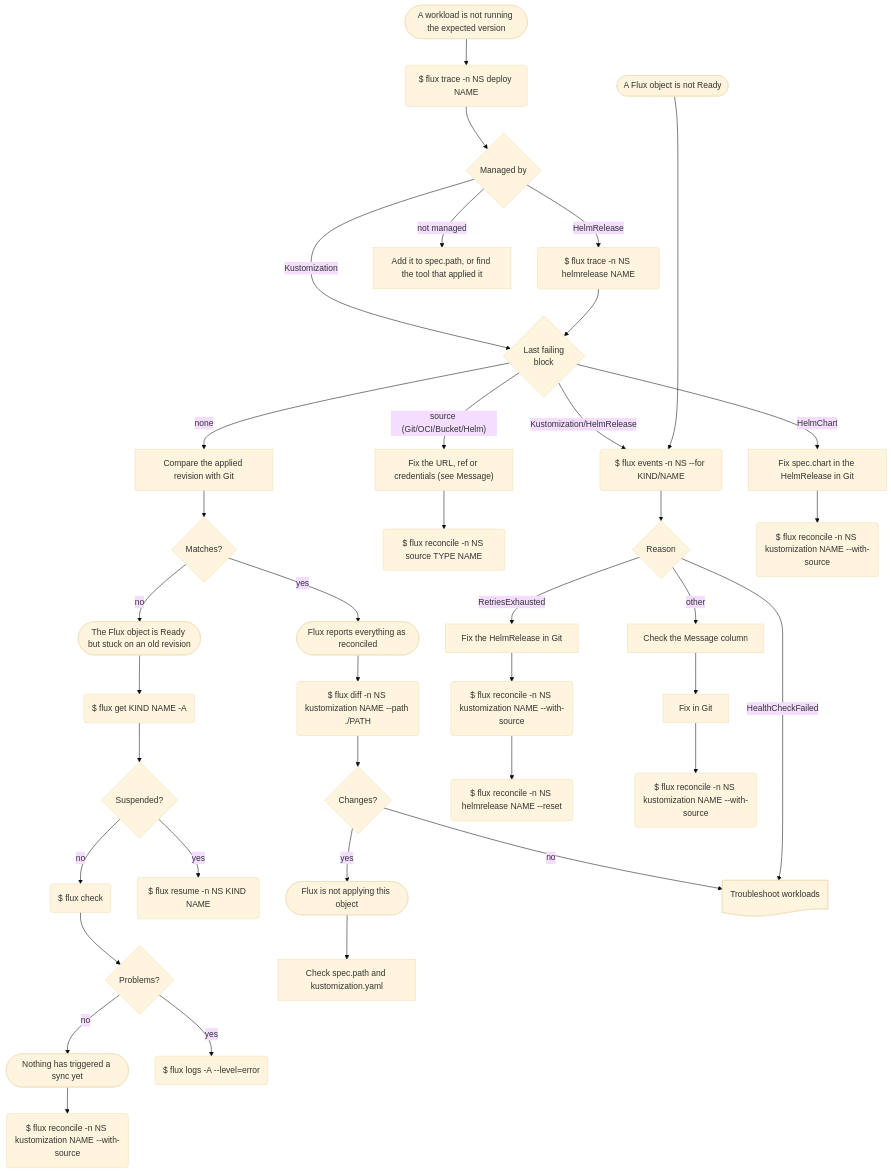
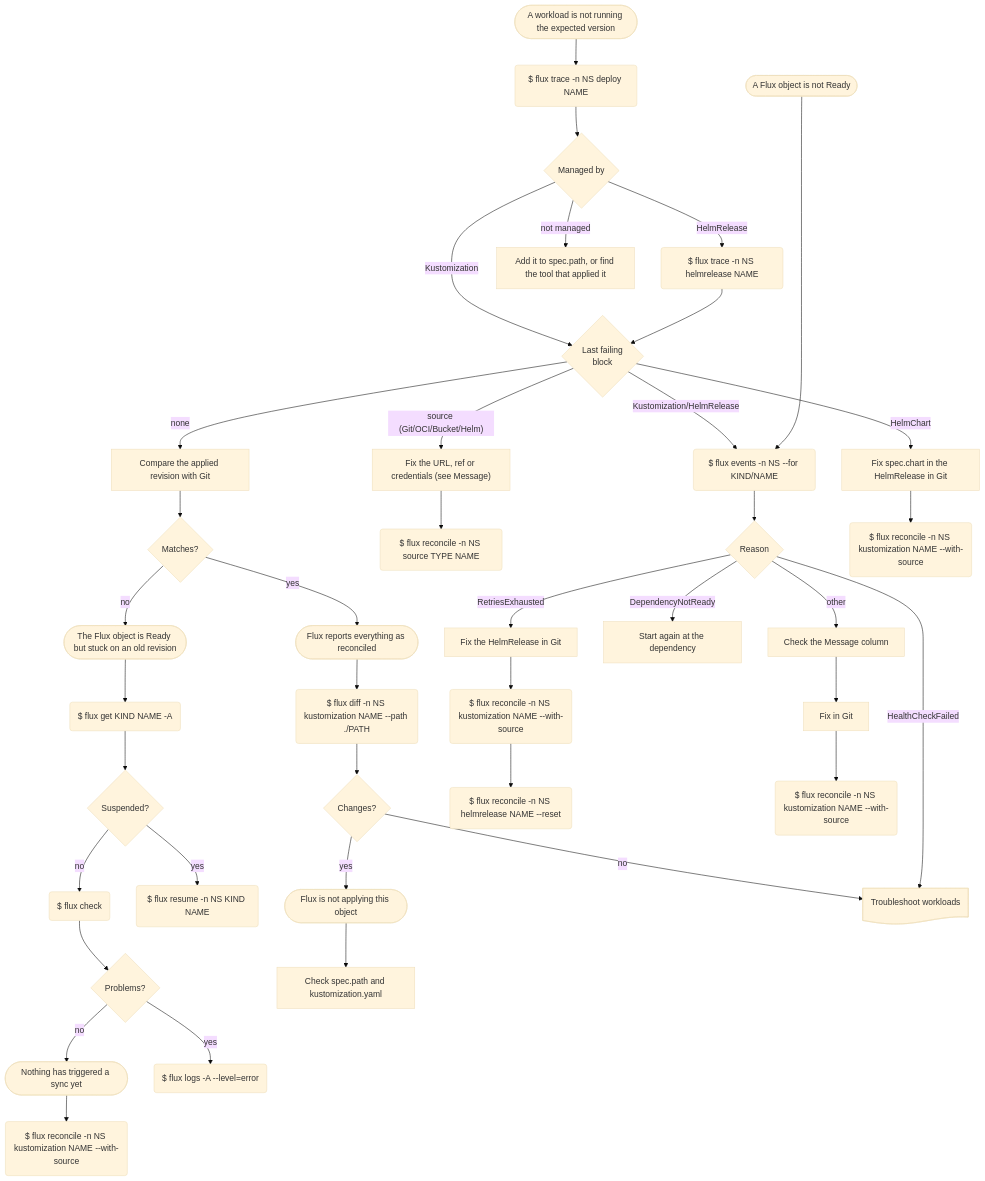
Before and after one commit to nth-root/flowcharts: the diagram in diagrams/flux.mmd, drawn with Mermaid (base theme).

Commit message:
Include DependencyNotReady

```diff
--- a/diagrams/flux.mmd
+++ b/diagrams/flux.mmd
@@ -1,47 +1,48 @@
 %% SPDX-FileCopyrightText: 2026 Nth Root Software Consultancy
 %% SPDX-License-Identifier: CC-BY-4.0
 
 flowchart TD
     Reported([A workload is not running the expected version]):::situation --> Trace
     Trace($ flux trace -n NS deploy NAME):::cmd
 
     Trace --> Owned{Managed by}:::choice
 
     NotReady([A Flux object is not Ready]):::situation
     NotReady ~~~ Owned
 
     Owned -->|Kustomization| FailingObject{Last failing<br>block}:::choice
     Owned -->|HelmRelease| TraceHelmRelease($ flux trace -n NS helmrelease NAME):::cmd --> FailingObject
     Owned -->|not managed| Unmanaged[Add it to spec.path, or find the tool that applied it]
 
     FailingObject -->|none| CheckRevision[Compare the applied revision with Git]
 
     CheckRevision --> Matches{Matches?}:::choice
     Matches -->|no| NotAdvancing([The Flux object is Ready but stuck on an old revision]):::situation --> FluxGet($ flux get KIND NAME -A):::cmd
 
     FluxGet --> Suspended{Suspended?}:::choice
     Suspended -->|no| FluxCheck($ flux check):::cmd --> FluxUnhealthy{Problems?}:::choice
     Suspended -->|yes| Resume($ flux resume -n NS KIND NAME):::cmd
 
     Resume ~~~ FluxUnhealthy
 
     FluxUnhealthy -->|no| NoSyncTriggered([Nothing has triggered a sync yet]):::situation --> ReconcileStale($ flux reconcile -n NS kustomization NAME --with-source):::cmd
     FluxUnhealthy -->|yes| FluxLogs($ flux logs -A --level=error):::cmd
 
     FailingObject -->|"source (Git/OCI/Bucket/Helm)"| FixSource["Fix the URL, ref or credentials (see Message)"] --> ReconcileSource($ flux reconcile -n NS source TYPE NAME):::cmd
 
     FailingObject -->|Kustomization/HelmRelease| GetEvents($ flux events -n NS --for KIND/NAME):::cmd
 
     Matches -->|yes| Reconciled([Flux reports everything as reconciled]):::situation --> DiffKustomization($ flux diff -n NS kustomization NAME --path ./PATH):::cmd --> Changes{Changes?}:::choice
     Changes -->|yes| NotApplied([Flux is not applying this object]):::situation --> CheckKustomization[Check spec.path and kustomization.yaml]
     Changes -->|no| CheckPodIssues:::ref@{ shape: doc, label: "Troubleshoot workloads" }
 
     NotReady --> GetEvents
     GetEvents --> Reason{Reason}:::choice
     Reason -->|RetriesExhausted| FixHelmRelease[Fix the HelmRelease in Git]
     FixHelmRelease --> ReconcileHelmKustomization("$ flux reconcile -n NS kustomization NAME --with-source"):::cmd --> ReconcileHelmRelease("$ flux reconcile -n NS helmrelease NAME --reset"):::cmd
 
     Reason -->|HealthCheckFailed| CheckPodIssues
+    Reason -->|DependencyNotReady| DependencyNotReady[Start again at the dependency]
     Reason -->|other| CheckMessage[Check the Message column] --> FixIssue[Fix in Git] --> Reconcile($ flux reconcile -n NS kustomization NAME --with-source):::cmd
 
     FailingObject -->|HelmChart| FixChart[Fix spec.chart in the HelmRelease in Git] --> ReconcileChart($ flux reconcile -n NS kustomization NAME --with-source):::cmd
```
